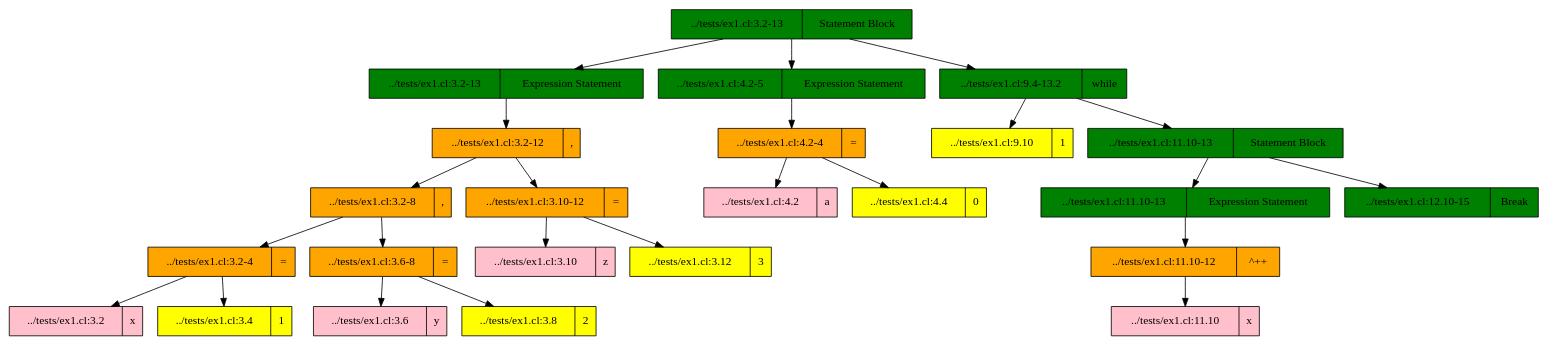
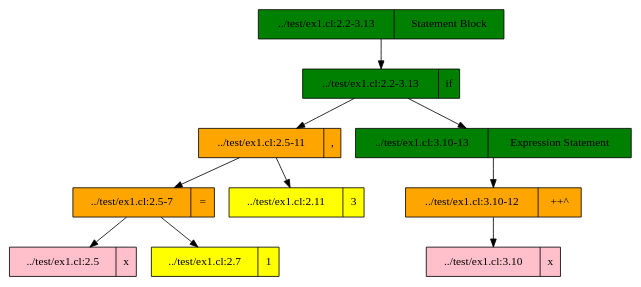
Before and after one commit to kefirRzevo/Vladimirov-CPP-course: the diagram in ParaCL/res/dump_ex1.dot, drawn with Graphviz. The commit also changed 18 other files, not shown here.

```diff
--- a/ParaCL/res/dump_ex1.dot
+++ b/ParaCL/res/dump_ex1.dot
@@ -1,50 +1,22 @@
 digraph {
 	node[shape=record, style=filled, fontcolor=black];
-	node_0x7fa74c004260[fillcolor=pink, label = "../tests/ex1.cl:3.2 | x"];
-	node_0x7fa74c0042c0[fillcolor=yellow, label = "../tests/ex1.cl:3.4 | 1"];
-	node_0x7fa74c004300[fillcolor=orange, label = "../tests/ex1.cl:3.2-4 | ="];
-	node_0x7fa74c004300 -> node_0x7fa74c004260;
-	node_0x7fa74c004300 -> node_0x7fa74c0042c0;
-	node_0x7fa74c004360[fillcolor=pink, label = "../tests/ex1.cl:3.6 | y"];
-	node_0x7fa74c0043a0[fillcolor=yellow, label = "../tests/ex1.cl:3.8 | 2"];
-	node_0x7fa74c004410[fillcolor=orange, label = "../tests/ex1.cl:3.6-8 | ="];
-	node_0x7fa74c004410 -> node_0x7fa74c004360;
-	node_0x7fa74c004410 -> node_0x7fa74c0043a0;
-	node_0x7fa74c004450[fillcolor=orange, label = "../tests/ex1.cl:3.2-8 | ,"];
-	node_0x7fa74c004450 -> node_0x7fa74c004300;
-	node_0x7fa74c004450 -> node_0x7fa74c004410;
-	node_0x7fa74c004490[fillcolor=pink, label = "../tests/ex1.cl:3.10 | z"];
-	node_0x7fa74c0044d0[fillcolor=yellow, label = "../tests/ex1.cl:3.12 | 3"];
-	node_0x7fa74c0043d0[fillcolor=orange, label = "../tests/ex1.cl:3.10-12 | ="];
-	node_0x7fa74c0043d0 -> node_0x7fa74c004490;
-	node_0x7fa74c0043d0 -> node_0x7fa74c0044d0;
-	node_0x7fa74c004580[fillcolor=orange, label = "../tests/ex1.cl:3.2-12 | ,"];
-	node_0x7fa74c004580 -> node_0x7fa74c004450;
-	node_0x7fa74c004580 -> node_0x7fa74c0043d0;
-	node_0x7fa74c0045c0[fillcolor=green, label = "../tests/ex1.cl:3.2-13 | Expression Statement"];
-	node_0x7fa74c0045c0 -> node_0x7fa74c004580;
-	node_0x7fa74c004670[fillcolor=pink, label = "../tests/ex1.cl:4.2 | a"];
-	node_0x7fa74c0046b0[fillcolor=yellow, label = "../tests/ex1.cl:4.4 | 0"];
-	node_0x7fa74c0046e0[fillcolor=orange, label = "../tests/ex1.cl:4.2-4 | ="];
-	node_0x7fa74c0046e0 -> node_0x7fa74c004670;
-	node_0x7fa74c0046e0 -> node_0x7fa74c0046b0;
-	node_0x7fa74c004720[fillcolor=green, label = "../tests/ex1.cl:4.2-5 | Expression Statement"];
-	node_0x7fa74c004720 -> node_0x7fa74c0046e0;
-	node_0x7fa74c004950[fillcolor=yellow, label = "../tests/ex1.cl:9.10 | 1"];
-	node_0x7fa74c004500[fillcolor=pink, label = "../tests/ex1.cl:11.10 | x"];
-	node_0x7fa74c004540[fillcolor=orange, label = "../tests/ex1.cl:11.10-12 | ^++"];
-	node_0x7fa74c004540 -> node_0x7fa74c004500;
-	node_0x7fa74c0049c0[fillcolor=green, label = "../tests/ex1.cl:11.10-13 | Expression Statement"];
-	node_0x7fa74c0049c0 -> node_0x7fa74c004540;
-	node_0x7fa74c004a70[fillcolor=green, label = "../tests/ex1.cl:12.10-15 | Break"];
-	node_0x7fa74c0049f0[fillcolor=green, label = "../tests/ex1.cl:11.10-13 | Statement Block"];
-	node_0x7fa74c0049f0 -> node_0x7fa74c0049c0;
-	node_0x7fa74c0049f0 -> node_0x7fa74c004a70;
-	node_0x7fa74c004aa0[fillcolor=green, label = "../tests/ex1.cl:9.4-13.2 | while"];
-	node_0x7fa74c004aa0 -> node_0x7fa74c004950;
-	node_0x7fa74c004aa0 -> node_0x7fa74c0049f0;
-	node_0x7fa74c0045f0[fillcolor=green, label = "../tests/ex1.cl:3.2-13 | Statement Block"];
-	node_0x7fa74c0045f0 -> node_0x7fa74c0045c0;
-	node_0x7fa74c0045f0 -> node_0x7fa74c004720;
-	node_0x7fa74c0045f0 -> node_0x7fa74c004aa0;
+	node_0x7fda2d904340[fillcolor=green, label = "../test/ex1.cl:2.2-3.13 | Statement Block"];
+	node_0x7fda2d904340 -> node_0x7fda2d904280;
+	node_0x7fda2d904280[fillcolor=green, label = "../test/ex1.cl:2.2-3.13 | if"];
+	node_0x7fda2d904280 -> node_0x7fda2d904150;
+	node_0x7fda2d904280 -> node_0x7fda2d904250;
+	node_0x7fda2d904150[fillcolor=orange, label = "../test/ex1.cl:2.5-11 | ,"];
+	node_0x7fda2d904150 -> node_0x7fda2d9040c0;
+	node_0x7fda2d904150 -> node_0x7fda2d904120;
+	node_0x7fda2d9040c0[fillcolor=orange, label = "../test/ex1.cl:2.5-7 | ="];
+	node_0x7fda2d9040c0 -> node_0x7fda2d804080;
+	node_0x7fda2d9040c0 -> node_0x7fda2d904080;
+	node_0x7fda2d804080[fillcolor=pink, label = "../test/ex1.cl:2.5 | x"];
+	node_0x7fda2d904080[fillcolor=yellow, label = "../test/ex1.cl:2.7 | 1"];
+	node_0x7fda2d904120[fillcolor=yellow, label = "../test/ex1.cl:2.11 | 3"];
+	node_0x7fda2d904250[fillcolor=green, label = "../test/ex1.cl:3.10-13 | Expression Statement"];
+	node_0x7fda2d904250 -> node_0x7fda2d904210;
+	node_0x7fda2d904210[fillcolor=orange, label = "../test/ex1.cl:3.10-12 | ++^"];
+	node_0x7fda2d904210 -> node_0x7fda2d9041d0;
+	node_0x7fda2d9041d0[fillcolor=pink, label = "../test/ex1.cl:3.10 | x"];
 }
```
